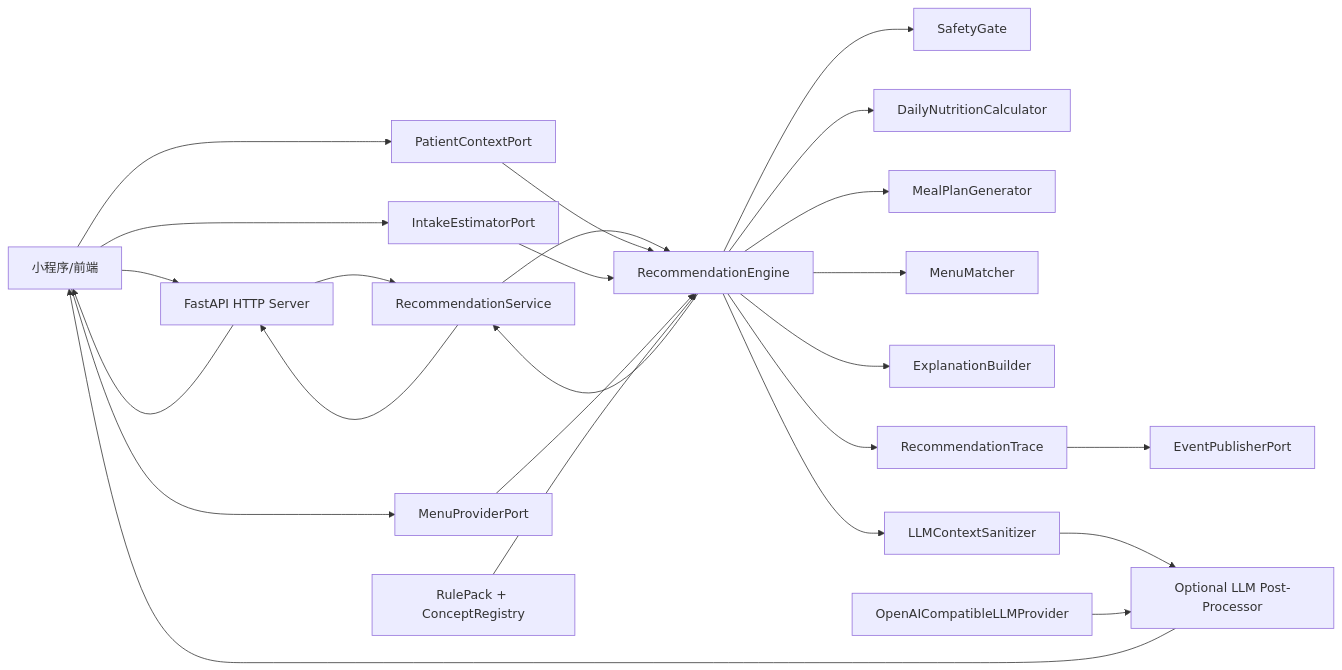
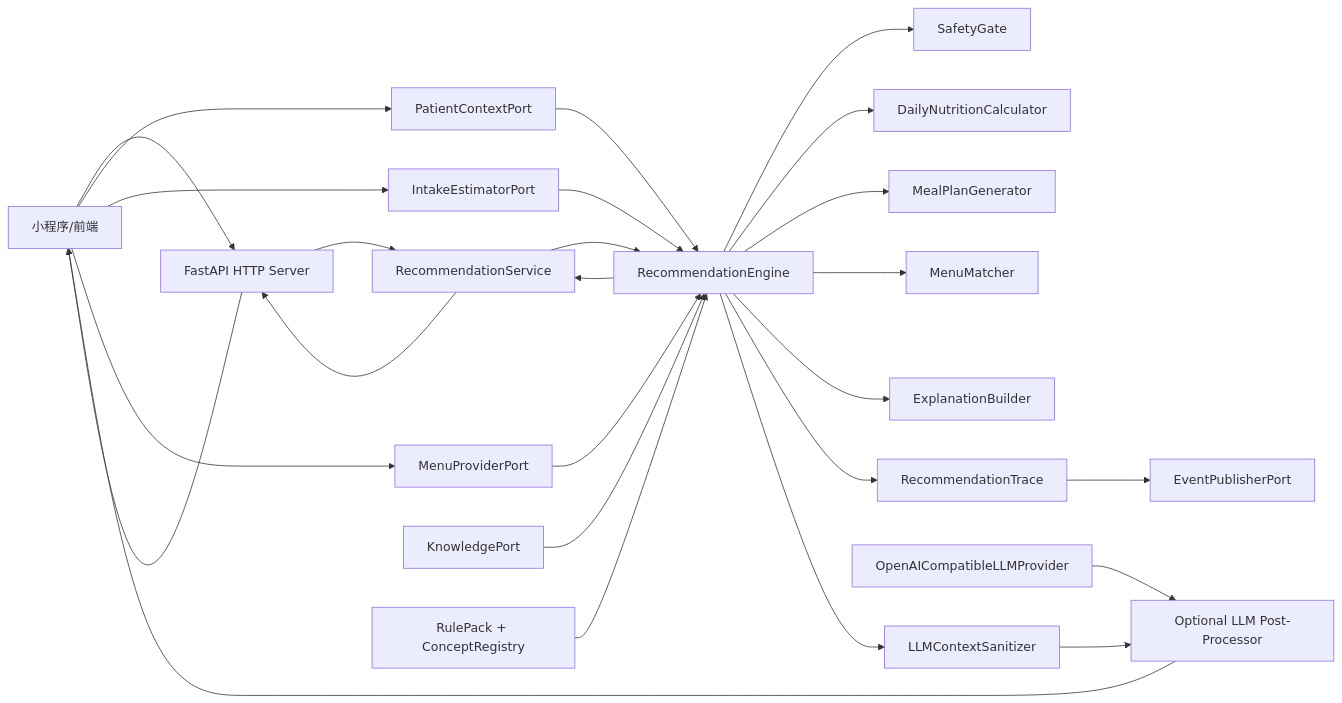
One commit to cosmic-snail/MediDiet changed the first of 5 diagrams in docs/software-design.md. Above: the diagram before and after it, drawn with Mermaid. The commit also changed other lines of this file and 3 other files, not shown here.

````diff
--- a/docs/software-design.md
+++ b/docs/software-design.md
@@ -119,43 +120,45 @@
 ```mermaid
 flowchart LR
   app["小程序/前端"]
   http["FastAPI HTTP Server"]
   service["RecommendationService"]
   patientPort["PatientContextPort"]
   intakePort["IntakeEstimatorPort"]
   menuPort["MenuProviderPort"]
   eventPort["EventPublisherPort"]
+  knowledgePort["KnowledgePort"]
   engine["RecommendationEngine"]
   safety["SafetyGate"]
   nutrition["DailyNutritionCalculator"]
   planner["MealPlanGenerator"]
   matcher["MenuMatcher"]
   explainer["ExplanationBuilder"]
   llm["Optional LLM Post-Processor"]
   sanitizer["LLMContextSanitizer"]
   llmProvider["OpenAICompatibleLLMProvider"]
   trace["RecommendationTrace"]
   rules["RulePack + ConceptRegistry"]
 
   app --> http --> service
   service --> engine
   app --> patientPort
   app --> intakePort
   app --> menuPort
   patientPort --> engine
   intakePort --> engine
   menuPort --> engine
   rules --> engine
+  knowledgePort --> engine
   engine --> safety
   engine --> nutrition
   engine --> planner
   engine --> matcher
   engine --> explainer
   engine --> trace
   engine --> sanitizer
   sanitizer --> llm
   llmProvider --> llm
   llm --> app
   trace --> eventPort
   engine --> service --> http --> app
 ```
````
